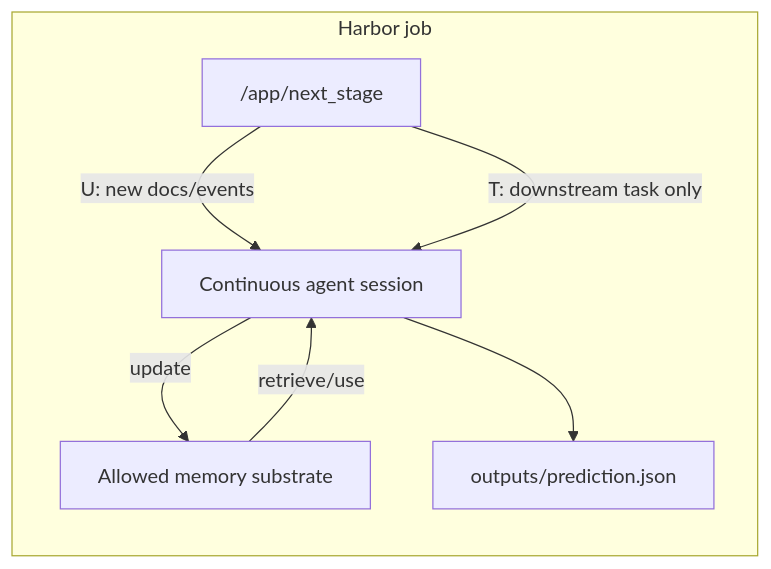
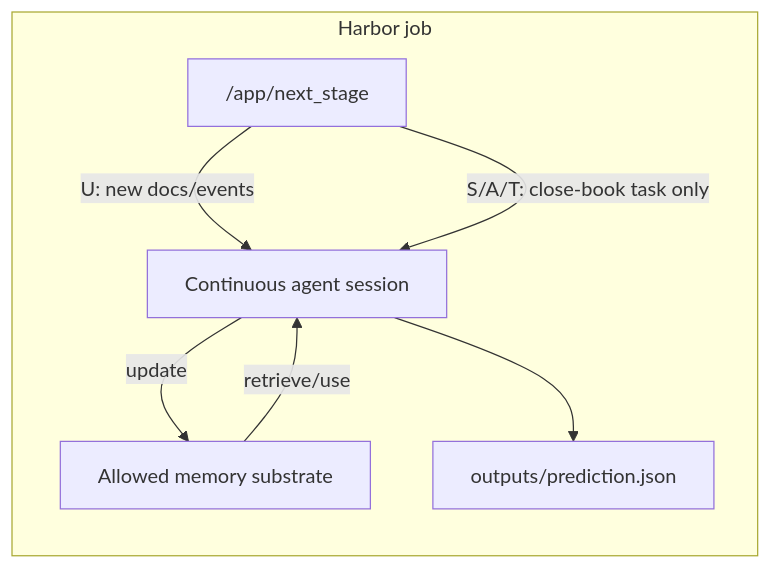
The diagram in examples/eval-harbor/framework/README.md (loyalagents/context-router), drawn with Mermaid before and after one commit. The commit also changed other lines of this file and 7 other files, not shown here.

Commit message:
Split DynamicMem downstream task stages

````diff
--- a/examples/eval-harbor/framework/README.md
+++ b/examples/eval-harbor/framework/README.md
@@ -38,15 +40,15 @@
 ```mermaid
 flowchart LR
   subgraph Harbor["Harbor job"]
     Agent["Continuous agent session"]
     Stage["/app/next_stage"]
     Memory["Allowed memory substrate"]
     Output["outputs/prediction.json"]
   end
 
   Stage -->|"U: new docs/events"| Agent
   Agent -->|"update"| Memory
-  Stage -->|"T: downstream task only"| Agent
+  Stage -->|"S/A/T: close-book task only"| Agent
   Memory -->|"retrieve/use"| Agent
   Agent --> Output
 ```
````
